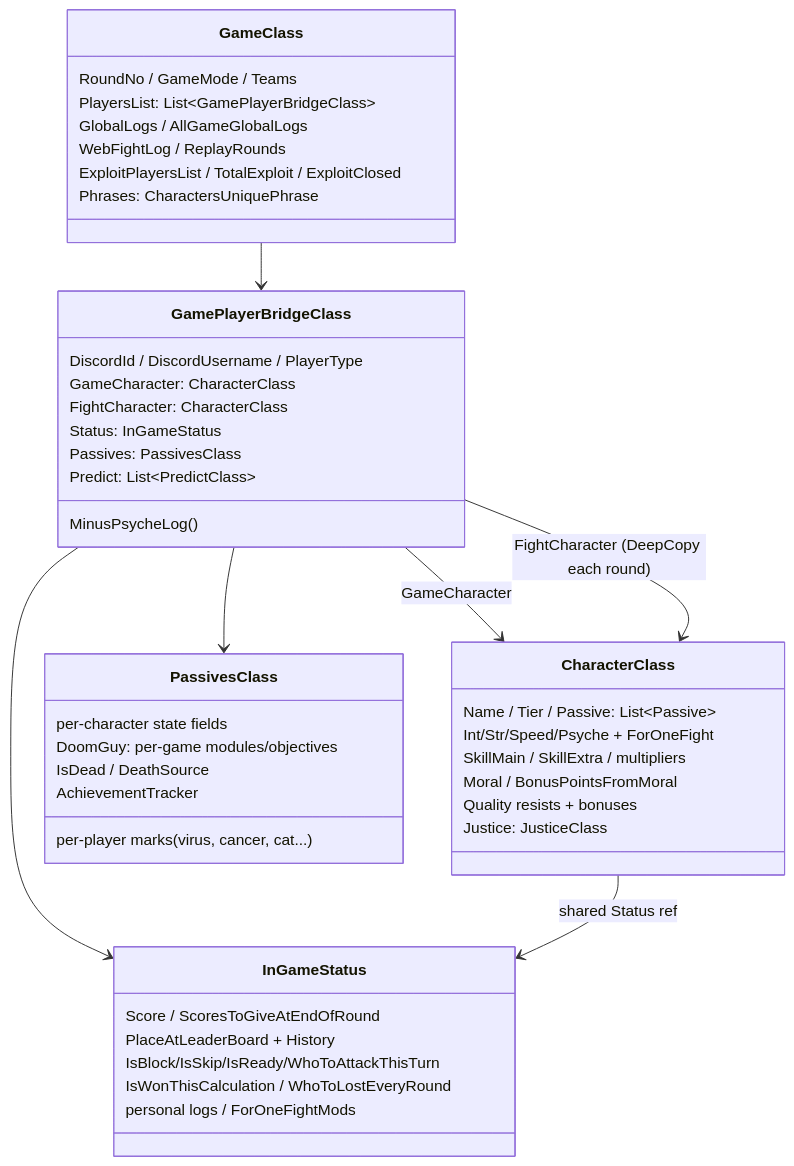
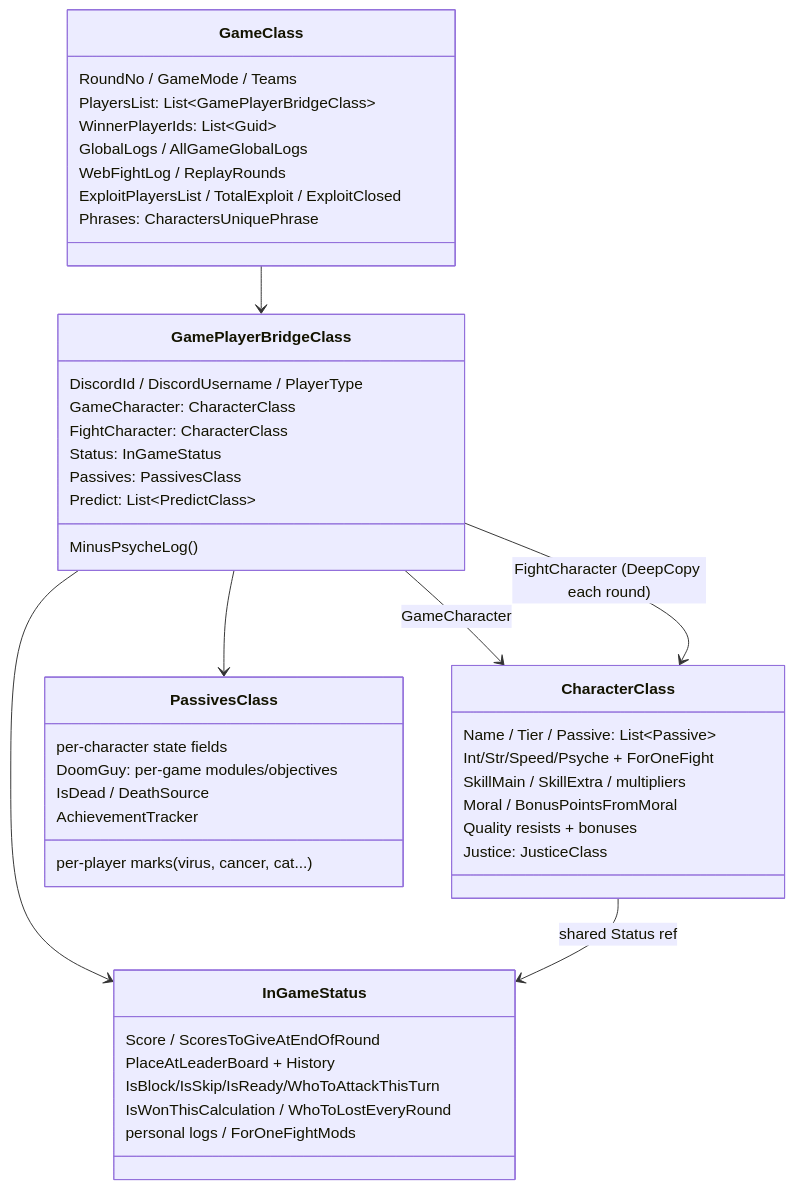
One commit to akulihin/King-of-the-Garbage-Hill changed the second of 2 diagrams in docs/ARCHITECTURE.md. Above: the diagram before and after it, drawn with Mermaid. The commit also changed other lines of this file and 29 other files, not shown here.

````diff
--- a/docs/ARCHITECTURE.md
+++ b/docs/ARCHITECTURE.md
@@ -31,48 +31,49 @@
 ```mermaid
 classDiagram
     class GameClass {
         RoundNo / GameMode / Teams
         PlayersList: List~GamePlayerBridgeClass~
+        WinnerPlayerIds: List~Guid~
         GlobalLogs / AllGameGlobalLogs
         WebFightLog / ReplayRounds
         ExploitPlayersList / TotalExploit / ExploitClosed
         Phrases: CharactersUniquePhrase
     }
     class GamePlayerBridgeClass {
         DiscordId / DiscordUsername / PlayerType
         GameCharacter: CharacterClass
         FightCharacter: CharacterClass
         Status: InGameStatus
         Passives: PassivesClass
         Predict: List~PredictClass~
         MinusPsycheLog()
     }
     class CharacterClass {
         Name / Tier / Passive: List~Passive~
         Int/Str/Speed/Psyche + ForOneFight
         SkillMain / SkillExtra / multipliers
         Moral / BonusPointsFromMoral
         Quality resists + bonuses
         Justice: JusticeClass
     }
     class InGameStatus {
         Score / ScoresToGiveAtEndOfRound
         PlaceAtLeaderBoard + History
         IsBlock/IsSkip/IsReady/WhoToAttackThisTurn
         IsWonThisCalculation / WhoToLostEveryRound
         personal logs / ForOneFightMods
     }
     class PassivesClass {
         per-character state fields
         DoomGuy: per-game modules/objectives
         per-player marks (virus, cancer, cat...)
         IsDead / DeathSource
         AchievementTracker
     }
     GameClass --> GamePlayerBridgeClass
     GamePlayerBridgeClass --> CharacterClass : GameCharacter
     GamePlayerBridgeClass --> CharacterClass : FightCharacter (DeepCopy each round)
     GamePlayerBridgeClass --> InGameStatus
     GamePlayerBridgeClass --> PassivesClass
     CharacterClass --> InGameStatus : shared Status ref
 ```
````
